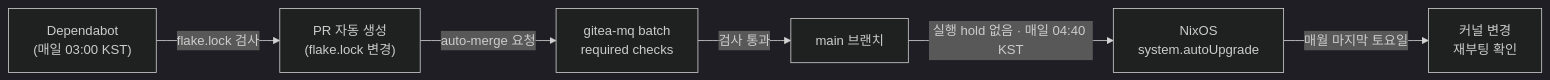
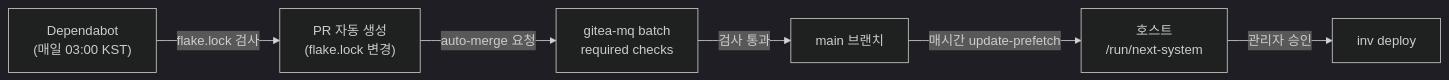
One commit to SBEE-Lab/infra changed the third of 3 diagrams in docs/admin/ci-cd.md. Above: the diagram before and after it, drawn with Mermaid (dark theme). The commit also changed other lines of this file and 9 other files, not shown here.

First line of the commit message:
update-prefetch: replace auto-upgrade with a prefetch

````diff
--- a/docs/admin/ci-cd.md
+++ b/docs/admin/ci-cd.md
@@ -175,8 +175,8 @@
 ```mermaid
 flowchart LR
   cron["Dependabot<br/>(매일 03:00 KST)"] -- "flake.lock 검사" --> pr["PR 자동 생성<br/>(flake.lock 변경)"]
   pr -- "auto-merge 요청" --> mq["gitea-mq batch<br/>required checks"]
   mq -- "검사 통과" --> main["main 브랜치"]
-  main -- "실행 hold 없음 · 매일 04:40 KST" --> upgrade["NixOS<br/>system.autoUpgrade"]
-  upgrade -- "매월 마지막 토요일" --> reboot["커널 변경<br/>재부팅 확인"]
+  main -- "매시간 update-prefetch" --> prefetch["호스트<br/>/run/next-system"]
+  prefetch -- "관리자 승인" --> deploy["inv deploy"]
 ```
````
